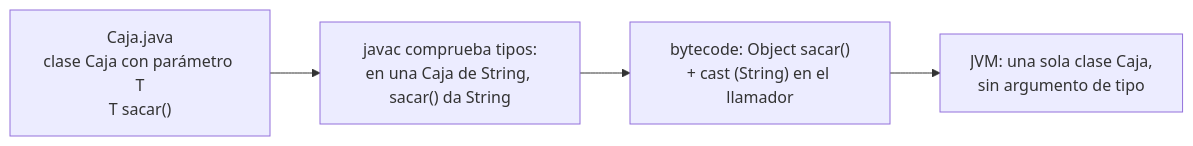
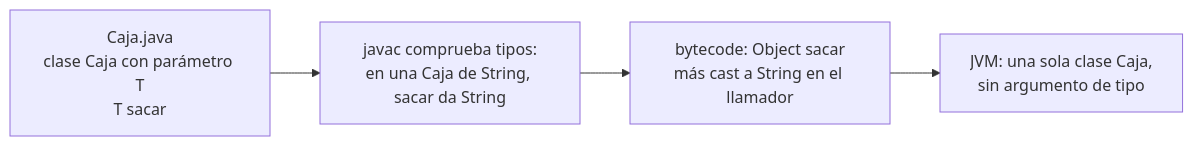
Before and after one commit to NICORUIZ93/The_Imperial_Book: the fourth of 6 diagrams in web/public/content/java/modulo-2.md, drawn with Mermaid. The commit also changed other lines of this file and 65 other files, not shown here.

````diff
--- a/web/public/content/java/modulo-2.md
+++ b/web/public/content/java/modulo-2.md
@@ -1134,6 +1446,6 @@
 ```mermaid
 flowchart LR
-  F["Caja.java<br/>clase Caja con parámetro T<br/>T sacar()"] --> C["javac comprueba tipos:<br/>en una Caja de String, sacar() da String"]
-  C --> B["bytecode: Object sacar()<br/>+ cast (String) en el llamador"]
+  F["Caja.java<br/>clase Caja con parámetro T<br/>T sacar"] --> C["javac comprueba tipos:<br/>en una Caja de String, sacar da String"]
+  C --> B["bytecode: Object sacar<br/>más cast a String en el llamador"]
   B --> R["JVM: una sola clase Caja,<br/>sin argumento de tipo"]
 ```
````
